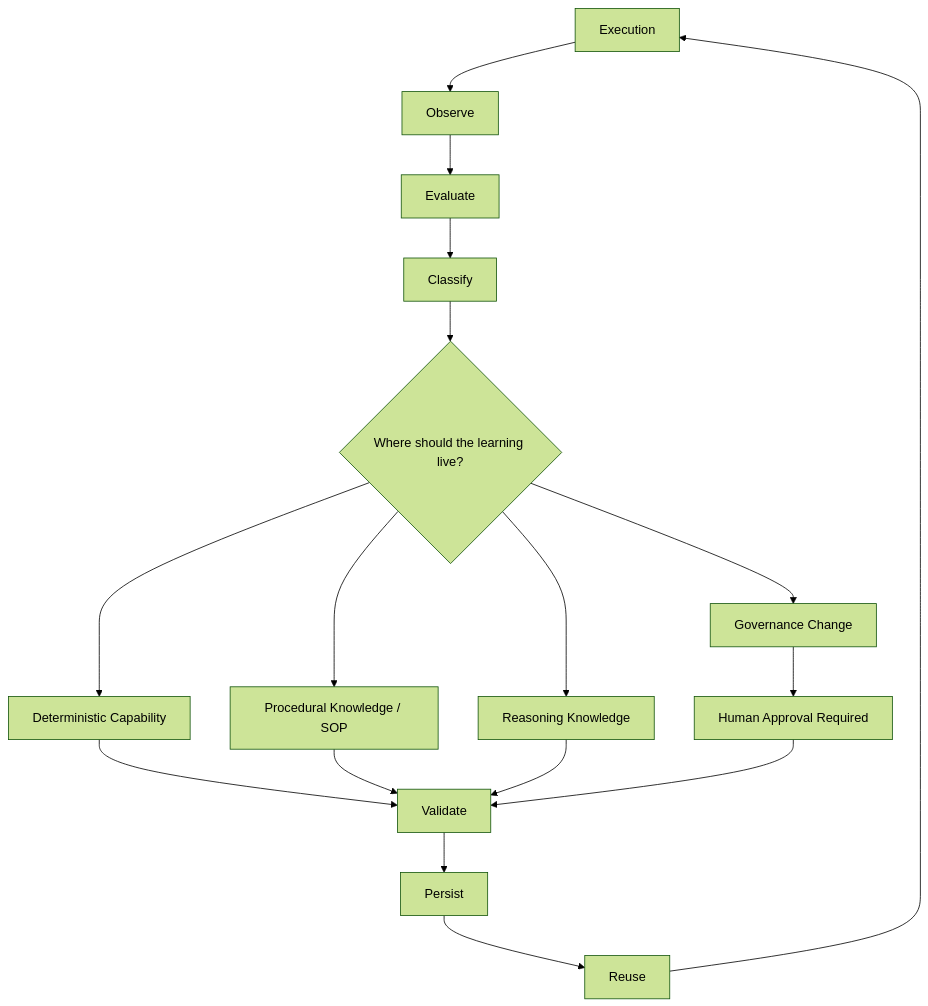
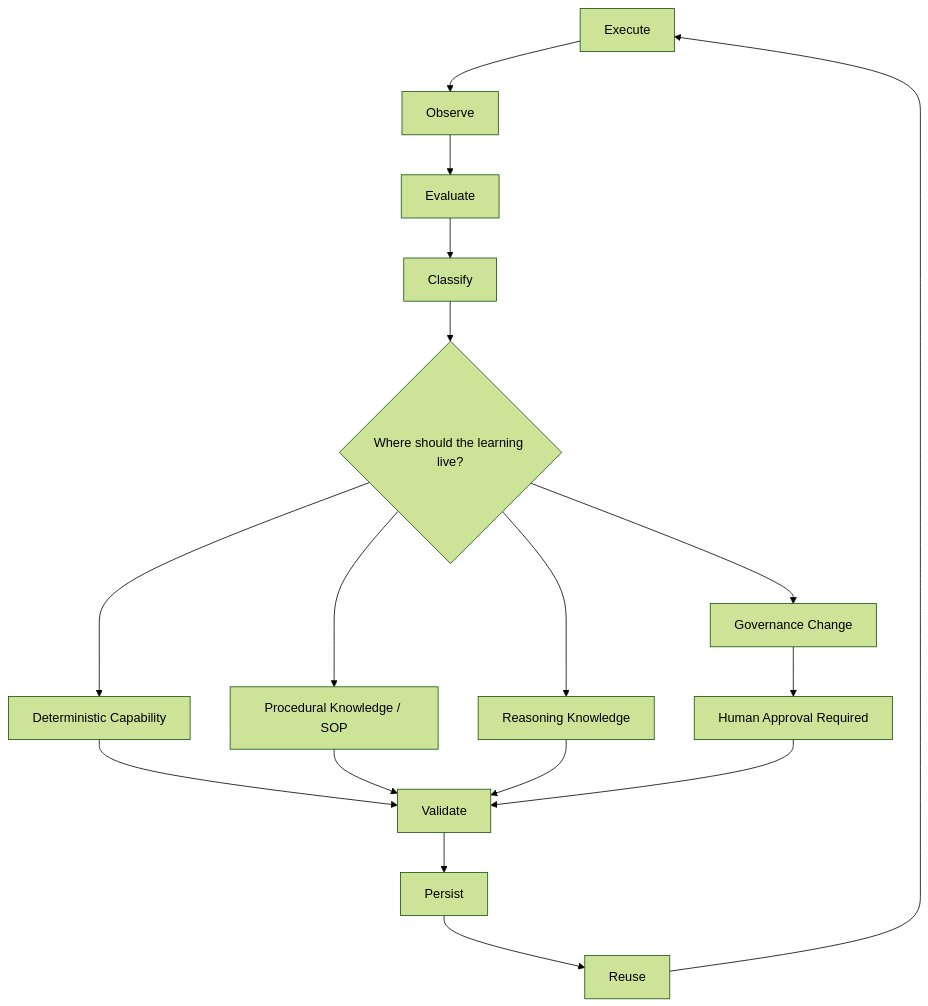
Before and after one commit to infoconex/ai-flywheel: the second of 3 diagrams in docs/architecture/README.md, drawn with Mermaid (forest theme). The commit also changed other lines of this file, not shown here.

Commit message:
Clarify execution mechanisms inside runtime diagram

````diff
--- a/docs/architecture/README.md
+++ b/docs/architecture/README.md
@@ -44,22 +57,22 @@
 ```mermaid
 flowchart TD
-    X[Execution] --> O[Observe]
+    X[Execute] --> O[Observe]
     O --> E[Evaluate]
     E --> C[Classify]
     C --> Q{Where should the learning live?}
 
     Q --> D[Deterministic Capability]
     Q --> S[Procedural Knowledge / SOP]
     Q --> R[Reasoning Knowledge]
     Q --> G[Governance Change]
 
     D --> V[Validate]
     S --> V
     R --> V
     G --> H[Human Approval Required]
     H --> V
 
     V --> P[Persist]
     P --> U[Reuse]
     U --> X
 ```
````
